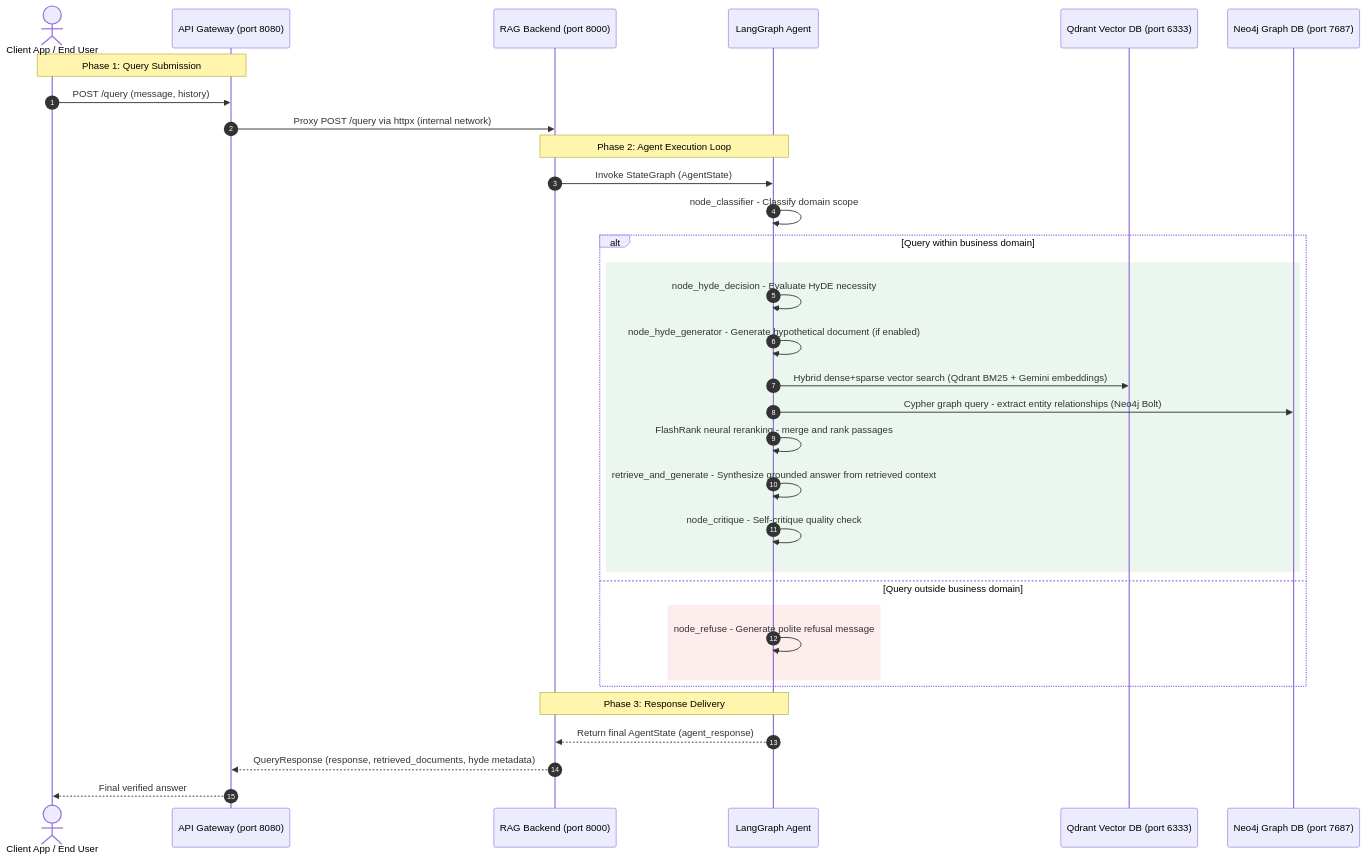
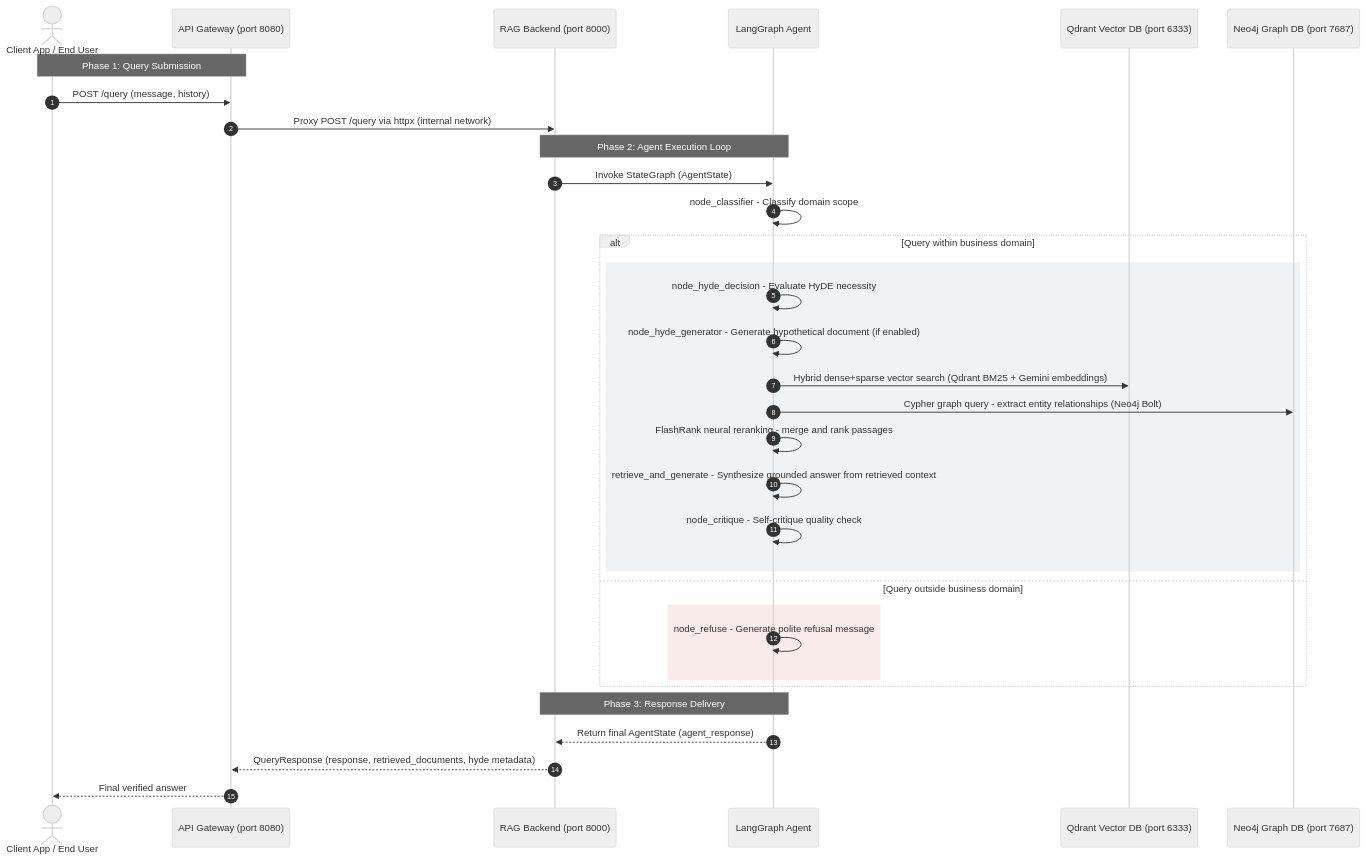
Before and after one commit to boycececil666gmailcom/Enterprise-RAG-Engine: the second of 4 diagrams in README.md, drawn with Mermaid. The commit also changed other lines of this file, not shown here.

Commit message:
chore: update dependency versions, add pipeline architecture diagram, and refine sequence diagram styling in README

````diff
--- a/README.md
+++ b/README.md
@@ -38,39 +55,43 @@
 ```mermaid
+---
+config:
+  theme: neutral
+---
 sequenceDiagram
     autonumber
     actor Client as Client App / End User
     participant GW as API Gateway (port 8080)
     participant BE as RAG Backend (port 8000)
     participant AG as LangGraph Agent
     participant VDB as Qdrant Vector DB (port 6333)
     participant GDB as Neo4j Graph DB (port 7687)
 
     Note over Client, GW: Phase 1: Query Submission
     Client->>GW: POST /query (message, history)
     GW->>BE: Proxy POST /query via httpx (internal network)
 
     Note over BE, AG: Phase 2: Agent Execution Loop
     BE->>AG: Invoke StateGraph (AgentState)
     AG->>AG: node_classifier - Classify domain scope
 
     alt Query within business domain
-        rect rgb(235, 247, 238)
+        rect rgb(240, 243, 246)
             AG->>AG: node_hyde_decision - Evaluate HyDE necessity
             AG->>AG: node_hyde_generator - Generate hypothetical document (if enabled)
             AG->>VDB: Hybrid dense+sparse vector search (Qdrant BM25 + Gemini embeddings)
             AG->>GDB: Cypher graph query - extract entity relationships (Neo4j Bolt)
             AG->>AG: FlashRank neural reranking - merge and rank passages
             AG->>AG: retrieve_and_generate - Synthesize grounded answer from retrieved context
             AG->>AG: node_critique - Self-critique quality check
         end
     else Query outside business domain
-        rect rgb(253, 237, 237)
+        rect rgb(250, 235, 235)
             AG->>AG: node_refuse - Generate polite refusal message
         end
     end
 
     Note over AG, BE: Phase 3: Response Delivery
     AG-->>BE: Return final AgentState (agent_response)
     BE-->>GW: QueryResponse (response, retrieved_documents, hyde metadata)
     GW-->>Client: Final verified answer
 ```
````
